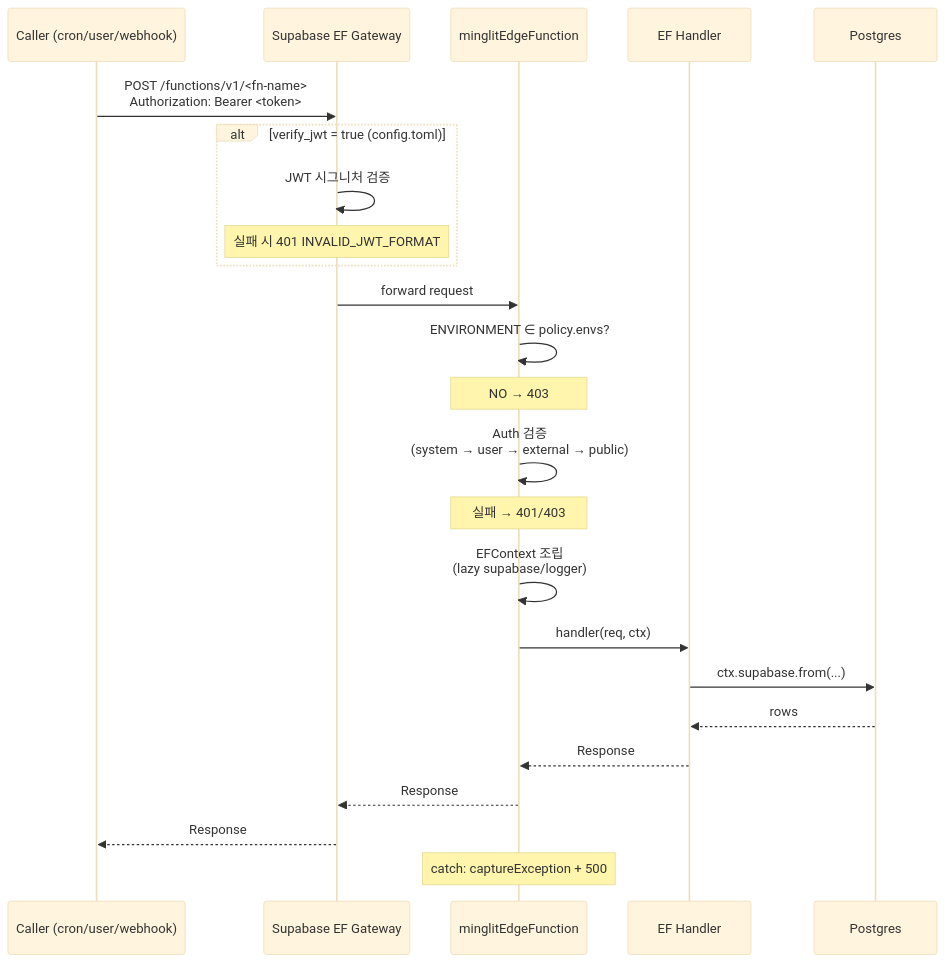
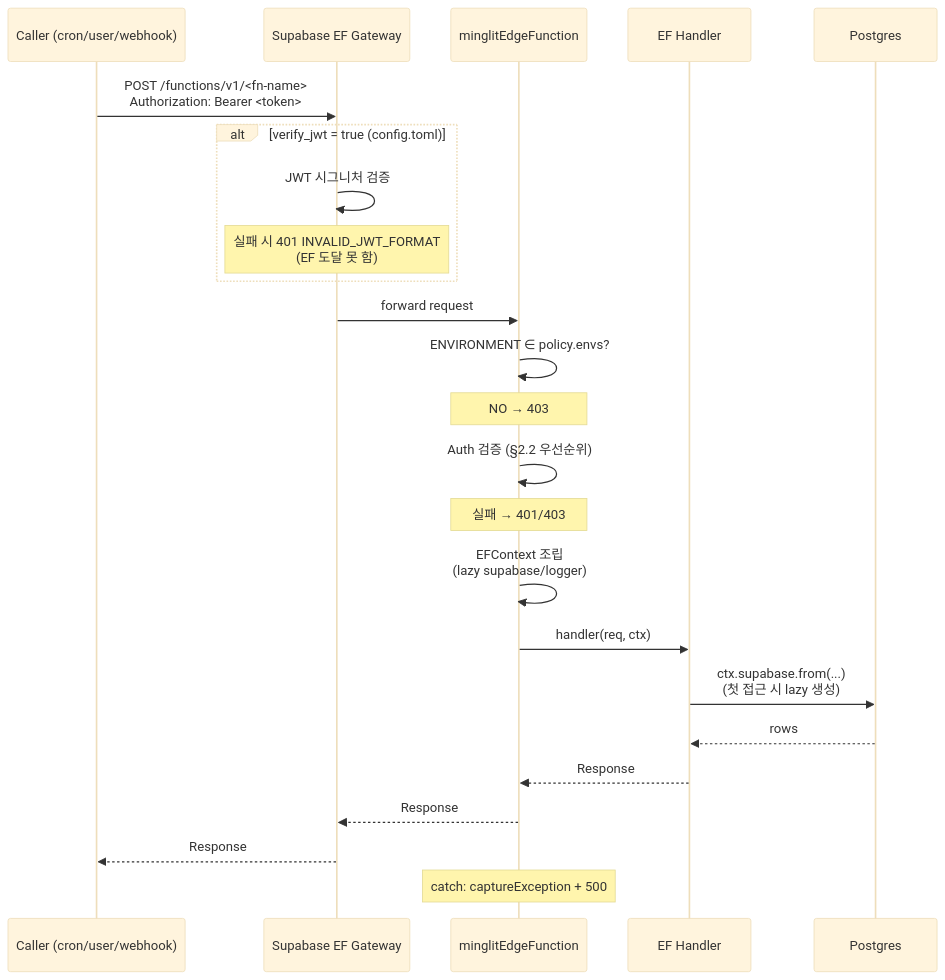
Before and after one commit to Mark-Yun/minglit: the first of 3 diagrams in docs/architecture/edge-function-auth.md, drawn with Mermaid (base theme). The commit also changed other lines of this file, not shown here.

First line of the commit message:
docs(architecture): EF auth doc v2 — 14개 모호함/오류 수정

````diff
--- a/docs/architecture/edge-function-auth.md
+++ b/docs/architecture/edge-function-auth.md
@@ -282,31 +412,31 @@
 ```mermaid
 sequenceDiagram
     participant Caller as Caller (cron/user/webhook)
     participant Gateway as Supabase EF Gateway
     participant Wrapper as minglitEdgeFunction
     participant Handler as EF Handler
     participant DB as Postgres
 
     Caller->>Gateway: POST /functions/v1/<fn-name><br/>Authorization: Bearer <token>
 
     alt verify_jwt = true (config.toml)
         Gateway->>Gateway: JWT 시그니처 검증
-        Note over Gateway: 실패 시 401 INVALID_JWT_FORMAT
+        Note over Gateway: 실패 시 401 INVALID_JWT_FORMAT<br/>(EF 도달 못 함)
     end
 
     Gateway->>Wrapper: forward request
     Wrapper->>Wrapper: ENVIRONMENT ∈ policy.envs?
     Note over Wrapper: NO → 403
-    Wrapper->>Wrapper: Auth 검증<br/>(system → user → external → public)
+    Wrapper->>Wrapper: Auth 검증 (§2.2 우선순위)
     Note over Wrapper: 실패 → 401/403
 
     Wrapper->>Wrapper: EFContext 조립<br/>(lazy supabase/logger)
     Wrapper->>Handler: handler(req, ctx)
-    Handler->>DB: ctx.supabase.from(...)
+    Handler->>DB: ctx.supabase.from(...)<br/>(첫 접근 시 lazy 생성)
     DB-->>Handler: rows
     Handler-->>Wrapper: Response
     Wrapper-->>Gateway: Response
     Gateway-->>Caller: Response
 
     Note over Wrapper: catch: captureException + 500
 ```
````
